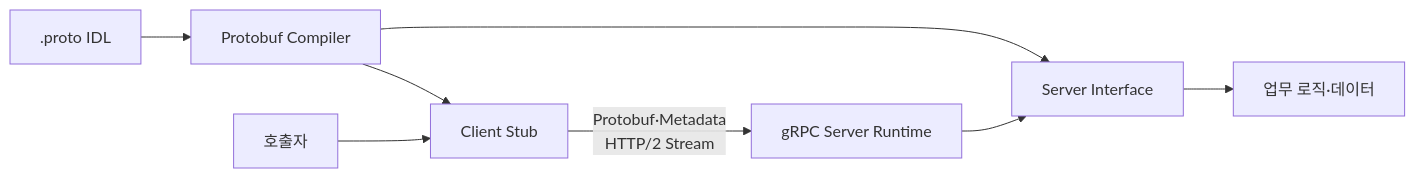
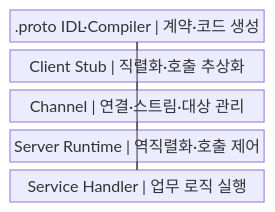
One commit to agnusdei1207/knowledge-base changed the first of 2 diagrams in src/content/docs/notes/03-software/173_grpc.md. Above: the diagram before and after it, drawn with Mermaid. The commit also changed other lines of this file and 20 other files, not shown here.

````diff
--- a/src/content/docs/notes/03-software/173_grpc.md
+++ b/src/content/docs/notes/03-software/173_grpc.md
@@ -60,10 +56,14 @@
 ```mermaid
-flowchart LR
-    I[".proto IDL"] --> C["Protobuf Compiler"]
-    C --> S["Client Stub"]
-    C --> H["Server Interface"]
-    A["호출자"] --> S
-    S -->|"Protobuf·Metadata<br/>HTTP/2 Stream"| R["gRPC Server Runtime"]
-    R --> H
-    H --> D["업무 로직·데이터"]
+block
+    columns 1
+    A[".proto IDL·Compiler | 계약·코드 생성"]
+    B["Client Stub | 직렬화·호출 추상화"]
+    C["Channel | 연결·스트림·대상 관리"]
+    D["Server Runtime | 역직렬화·호출 제어"]
+    E["Service Handler | 업무 로직 실행"]
+    A --- B
+    A --- E
+    B --- C
+    C --- D
+    D --- E
 ```
````
